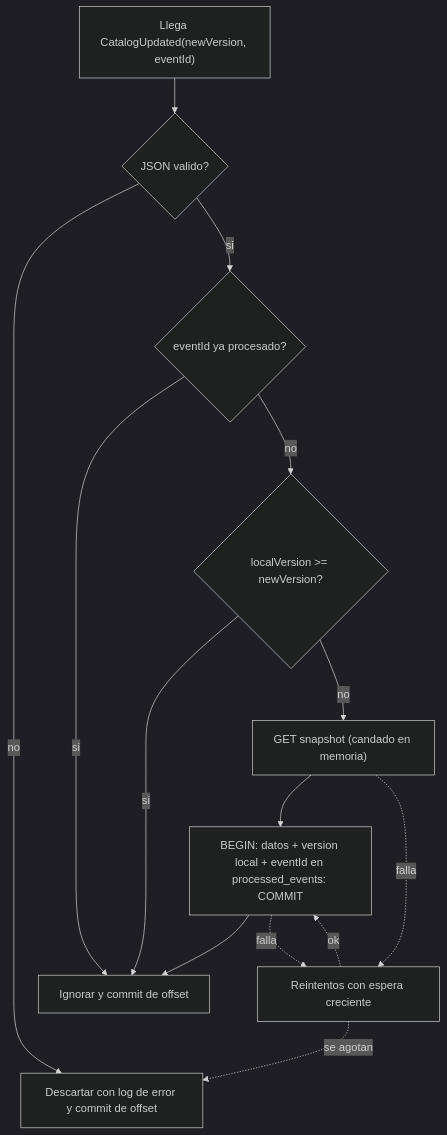
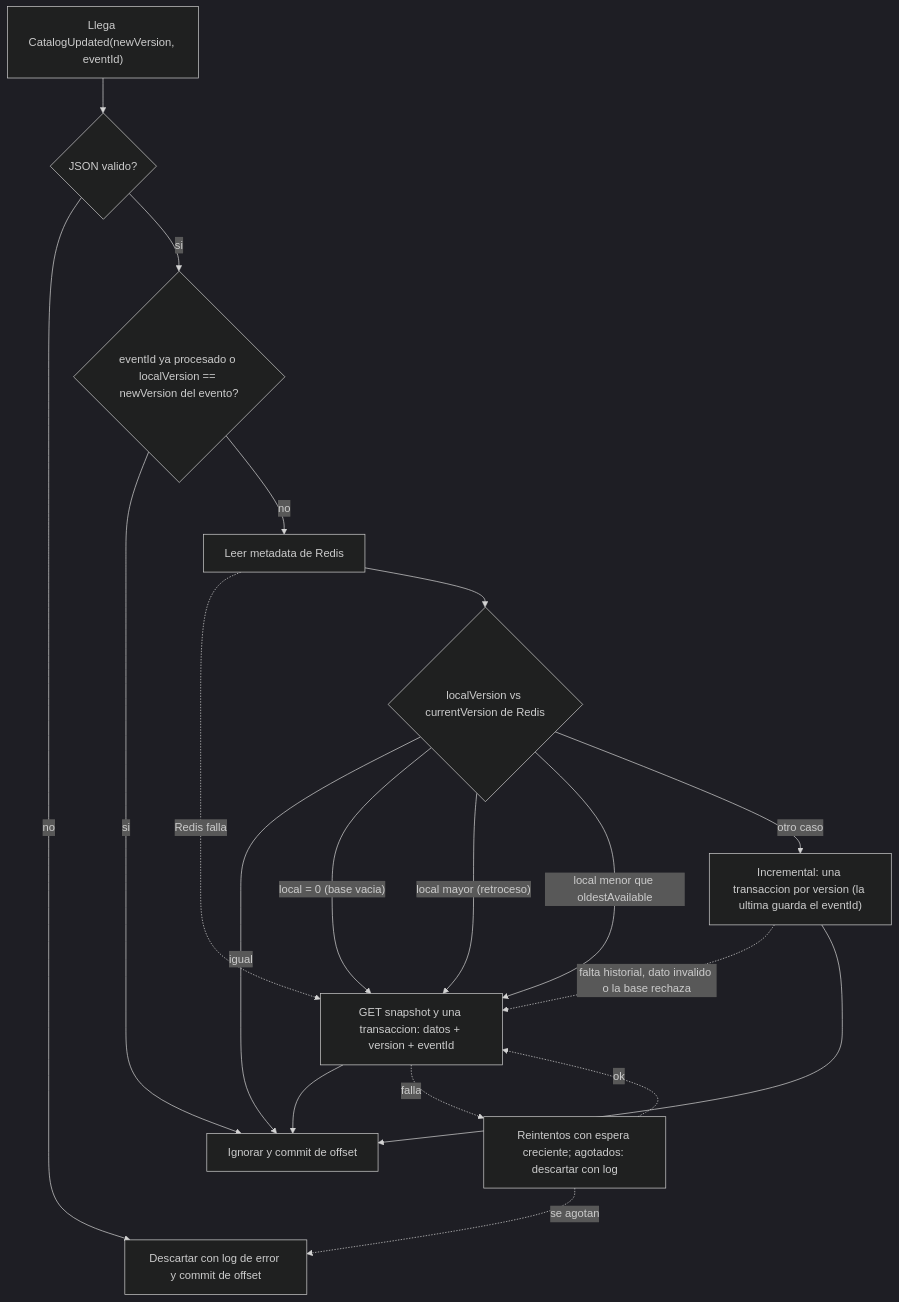
The second of 4 diagrams in diagramas/02-sincronizacion-catalogo.md (Prog2-fzapata/Documentacion), drawn with Mermaid (dark theme) before and after one commit. The commit also changed other lines of this file and 1 other file, not shown here.

Commit message:
docs: registra la sincronización incremental (D72) y actualiza el diagrama 02
- decisiones.md: D72 con la decisión entre incremental y completa (una
  versión local mayor que la de Redis es un retroceso de la cátedra y se
  aplica el snapshot; corrección de mi propuesta inicial de no hacer nada),
  una transacción por versión, el eventId en la última, la caída al
  snapshot ante cualquier fallo o Redis caído, y el detalle de lo
  implementado. Corrige el filtro previo de CAT-11 (D71).
- diagrama 02: flujo actual con la decisión, la incremental y la caída al
  snapshot, y la condición «==» en lugar de «>=» en el diagrama de
  decisión.

````diff
--- a/diagramas/02-sincronizacion-catalogo.md
+++ b/diagramas/02-sincronizacion-catalogo.md
@@ -30,16 +32,21 @@
 ```mermaid
 flowchart TD
     A["Llega CatalogUpdated(newVersion, eventId)"] --> B{"JSON valido?"}
     B -- no --> X["Descartar con log de error y commit de offset"]
-    B -- si --> C{"eventId ya procesado?"}
+    B -- si --> C{"eventId ya procesado o localVersion == newVersion del evento?"}
     C -- si --> Z["Ignorar y commit de offset"]
-    C -- no --> D{"localVersion >= newVersion?"}
-    D -- si --> Z
-    D -- no --> E["GET snapshot (candado en memoria)"]
-    E --> F["BEGIN: datos + version local + eventId en processed_events: COMMIT"]
-    F --> Z
-    E -. falla .-> R["Reintentos con espera creciente"]
-    F -. falla .-> R
+    C -- no --> M["Leer metadata de Redis"]
+    M -. Redis falla .-> S
+    M --> D{"localVersion vs currentVersion de Redis"}
+    D -- "igual" --> Z
+    D -- "local = 0 (base vacia)" --> S
+    D -- "local mayor (retroceso)" --> S
+    D -- "local menor que oldestAvailable" --> S
+    D -- "otro caso" --> I["Incremental: una transaccion por version (la ultima guarda el eventId)"]
+    I -. falta historial, dato invalido o la base rechaza .-> S["GET snapshot y una transaccion: datos + version + eventId"]
+    I --> Z
+    S --> Z
+    S -. falla .-> R["Reintentos con espera creciente; agotados: descartar con log"]
+    R -. ok .-> S
     R -. se agotan .-> X
-    R -. ok .-> F
 ```
````
